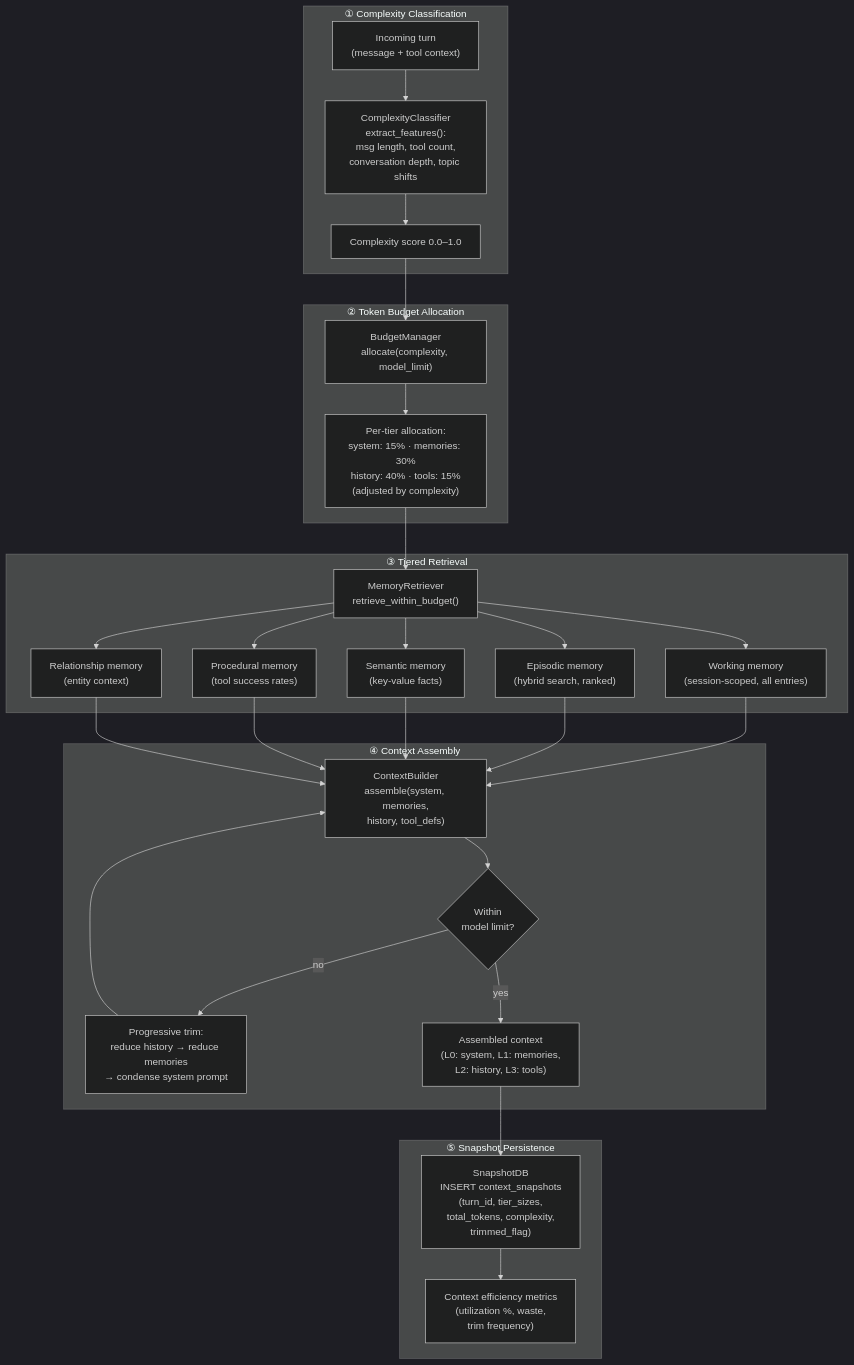
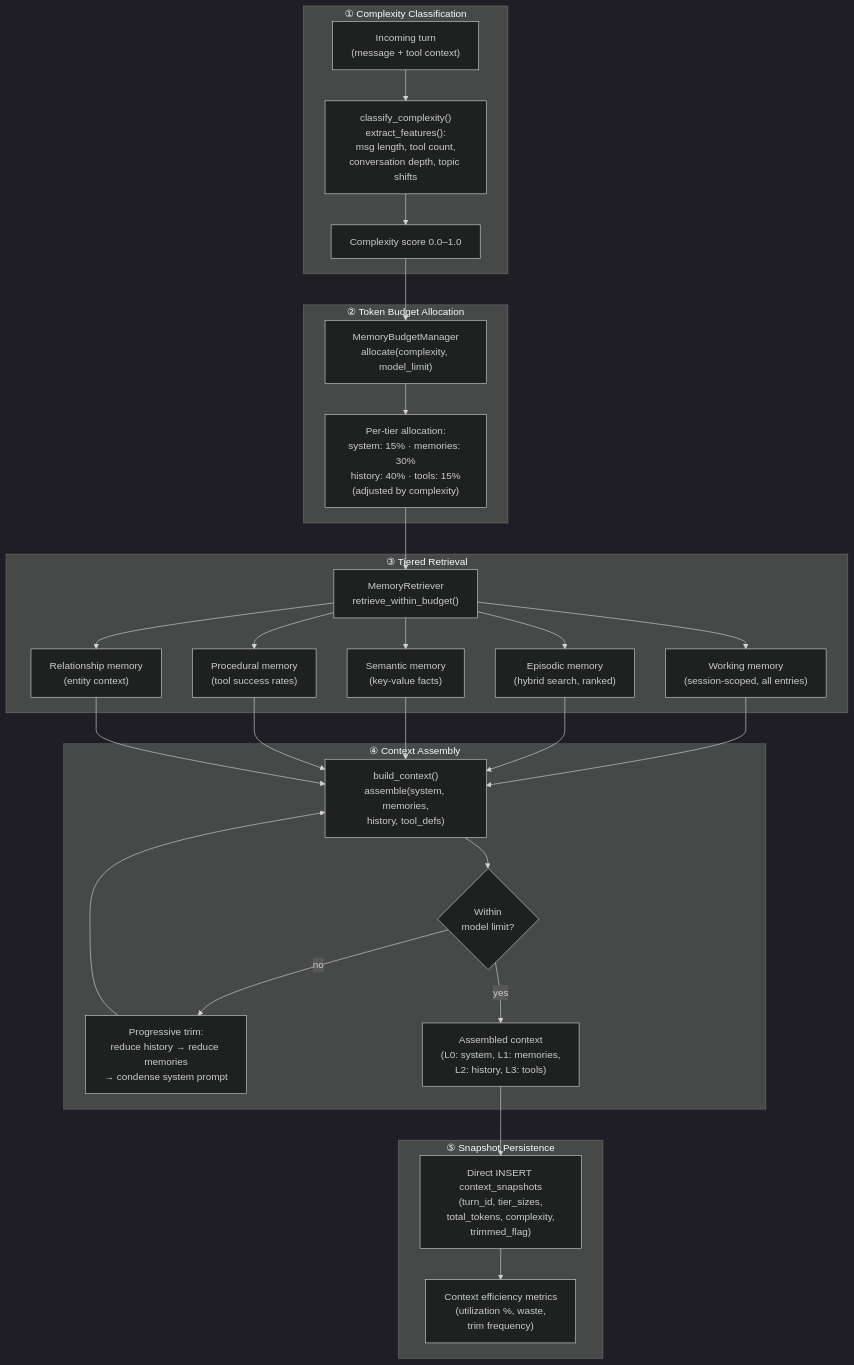
One commit to robot-accomplice/ironclad changed diagram 14 of 21 in docs/architecture/ironclad-dataflow.md. Above: the diagram before and after it, drawn with Mermaid (dark theme). The commit also changed other lines of this file and 16 other files, not shown here.

First line of the commit message:
docs: remediate architecture drift — update all diagrams to v0.8.0

````diff
--- a/docs/architecture/ironclad-dataflow.md
+++ b/docs/architecture/ironclad-dataflow.md
@@ -728,35 +724,35 @@
 ```mermaid
 flowchart TD
     subgraph Classify["① Complexity Classification"]
         INPUT["Incoming turn<br/>(message + tool context)"]
-        INPUT --> CLASSIFIER["ComplexityClassifier<br/>extract_features():<br/>msg length, tool count,<br/>conversation depth, topic shifts"]
+        INPUT --> CLASSIFIER["classify_complexity()<br/>extract_features():<br/>msg length, tool count,<br/>conversation depth, topic shifts"]
         CLASSIFIER --> SCORE["Complexity score 0.0–1.0"]
     end
 
     subgraph Budget["② Token Budget Allocation"]
-        SCORE --> BUDGET_MGR["BudgetManager<br/>allocate(complexity, model_limit)"]
+        SCORE --> BUDGET_MGR["MemoryBudgetManager<br/>allocate(complexity, model_limit)"]
         BUDGET_MGR --> TIERS["Per-tier allocation:<br/>system: 15% · memories: 30%<br/>history: 40% · tools: 15%<br/>(adjusted by complexity)"]
     end
 
     subgraph Retrieve["③ Tiered Retrieval"]
         TIERS --> MEM_RETRIEVE["MemoryRetriever<br/>retrieve_within_budget()"]
         MEM_RETRIEVE --> T_WORKING["Working memory<br/>(session-scoped, all entries)"]
         MEM_RETRIEVE --> T_EPISODIC["Episodic memory<br/>(hybrid search, ranked)"]
         MEM_RETRIEVE --> T_SEMANTIC["Semantic memory<br/>(key-value facts)"]
         MEM_RETRIEVE --> T_PROCEDURAL["Procedural memory<br/>(tool success rates)"]
         MEM_RETRIEVE --> T_RELATIONSHIP["Relationship memory<br/>(entity context)"]
     end
 
     subgraph Assemble["④ Context Assembly"]
-        T_WORKING & T_EPISODIC & T_SEMANTIC & T_PROCEDURAL & T_RELATIONSHIP --> BUILDER["ContextBuilder<br/>assemble(system, memories,<br/>history, tool_defs)"]
+        T_WORKING & T_EPISODIC & T_SEMANTIC & T_PROCEDURAL & T_RELATIONSHIP --> BUILDER["build_context()<br/>assemble(system, memories,<br/>history, tool_defs)"]
         BUILDER --> TRIM{"Within<br/>model limit?"}
         TRIM -->|no| PROGRESSIVE["Progressive trim:<br/>reduce history → reduce memories<br/>→ condense system prompt"]
         PROGRESSIVE --> BUILDER
         TRIM -->|yes| ASSEMBLED["Assembled context<br/>(L0: system, L1: memories,<br/>L2: history, L3: tools)"]
     end
 
     subgraph Snapshot["⑤ Snapshot Persistence"]
-        ASSEMBLED --> SNAP["SnapshotDB<br/>INSERT context_snapshots<br/>(turn_id, tier_sizes,<br/>total_tokens, complexity,<br/>trimmed_flag)"]
+        ASSEMBLED --> SNAP["Direct INSERT context_snapshots<br/>(turn_id, tier_sizes,<br/>total_tokens, complexity,<br/>trimmed_flag)"]
         SNAP --> METRICS["Context efficiency metrics<br/>(utilization %, waste,<br/>trim frequency)"]
     end
 ```
````
